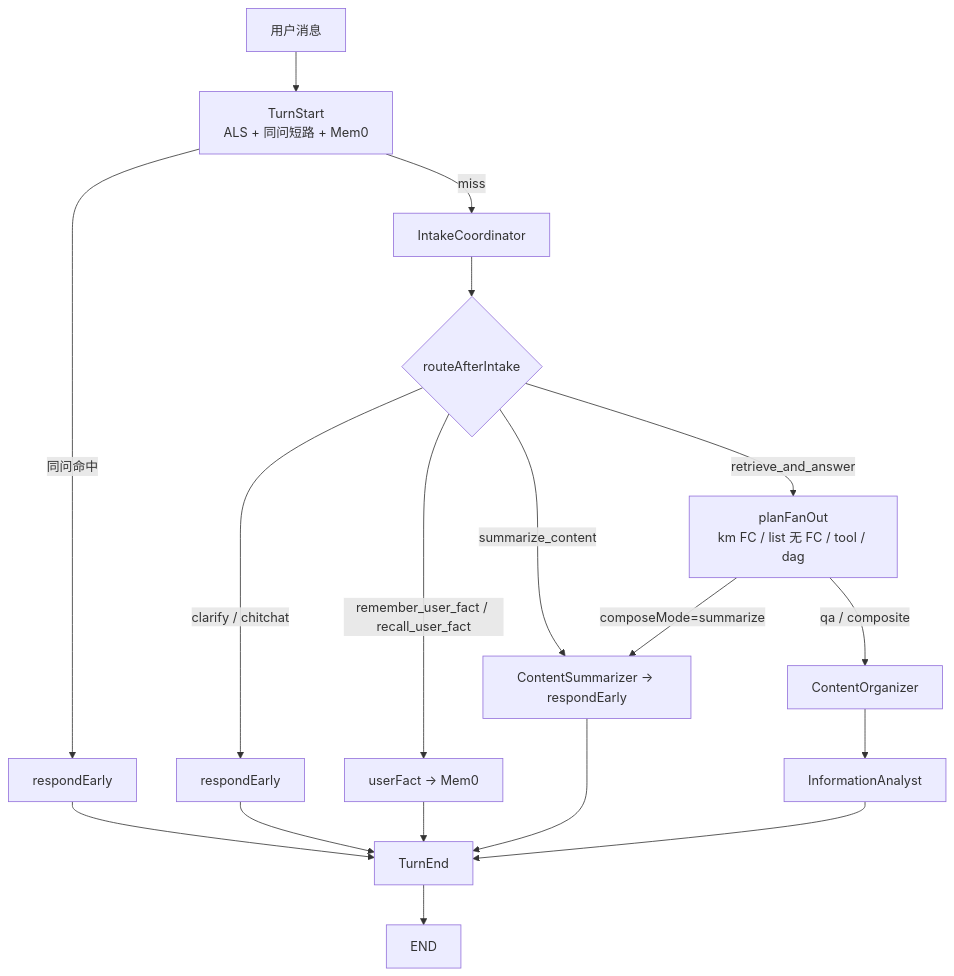
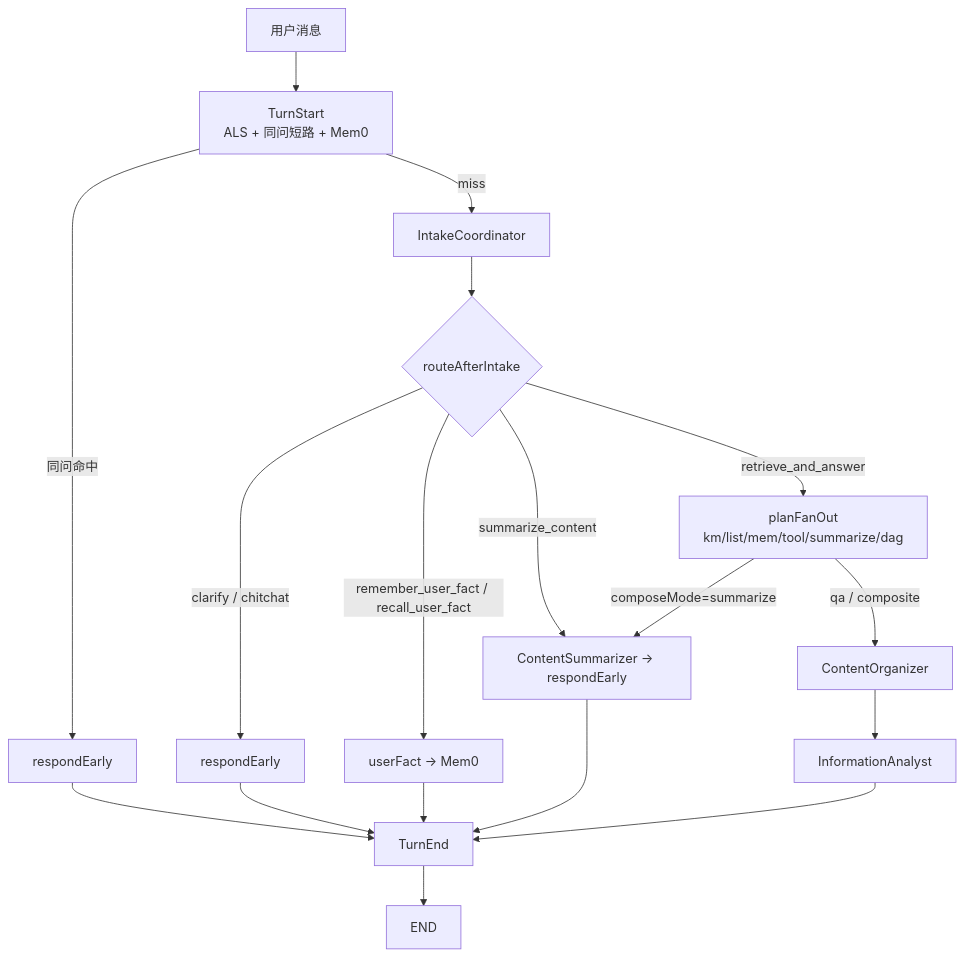
One commit to panzhanfei/agent changed the second of 13 diagrams in docs/02-agent-flows.md. Above: the diagram before and after it, drawn with Mermaid. The commit also changed other lines of this file and 60 other files, not shown here.

````diff
--- a/docs/02-agent-flows.md
+++ b/docs/02-agent-flows.md
@@ -115,21 +115,21 @@
 ```mermaid
 flowchart TD
   A[用户消息] --> PT[TurnStart<br/>ALS + 同问短路 + Mem0]
   PT -->|同问命中| D0[respondEarly]
   PT -->|miss| B[IntakeCoordinator]
   B --> C{routeAfterIntake}
 
   C -->|clarify / chitchat| D[respondEarly]
   C -->|remember_user_fact / recall_user_fact| UF[userFact → Mem0]
   C -->|summarize_content| CS[ContentSummarizer → respondEarly]
-  C -->|retrieve_and_answer| PE[planFanOut<br/>km FC / list 无 FC / tool / dag]
+  C -->|retrieve_and_answer| PE[planFanOut<br/>km/list/mem/tool/summarize/dag]
   PE -->|composeMode=summarize| CS
   PE -->|qa / composite| CO[ContentOrganizer]
   CO --> G[InformationAnalyst]
   G --> PST[TurnEnd]
   D --> PST
   UF --> PST
   D0 --> PST
   CS --> PST
   PST --> END_NODE[END]
 ```
````
